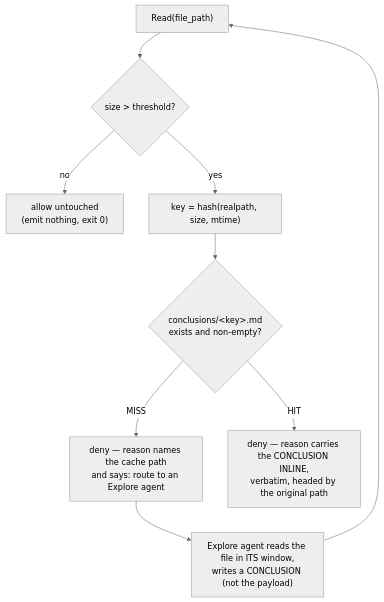
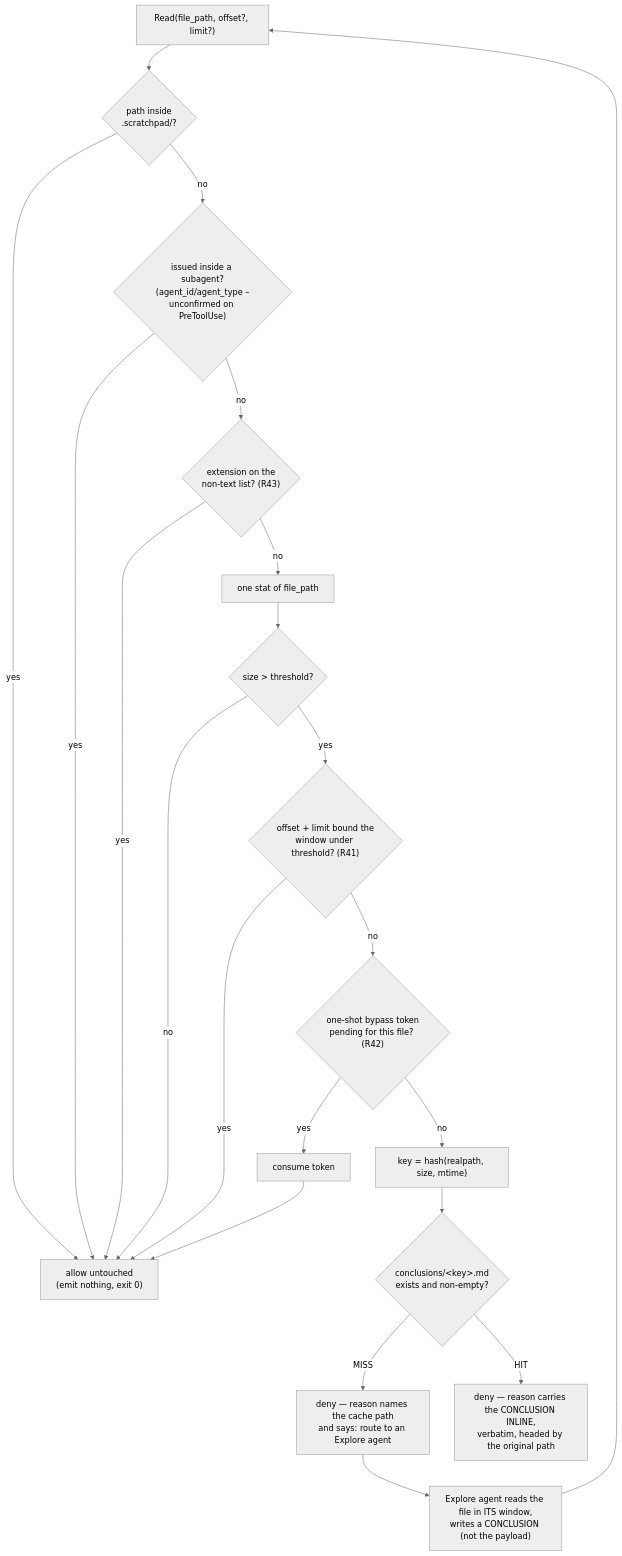
Before and after one commit to ViktorStiskala/superset-magic: the diagram in docs/plans/2026-08-29-001-ss-magic-plugin/page-fault.md, drawn with Mermaid (neutral theme). The commit also changed other lines of this file and 7 other files, not shown here.

````diff
--- a/docs/plans/2026-08-29-001-ss-magic-plugin/page-fault.md
+++ b/docs/plans/2026-08-29-001-ss-magic-plugin/page-fault.md
@@ -70,11 +70,21 @@
 ```mermaid
 flowchart TD
-  R["Read(file_path)"] --> S{"size &gt; threshold?"}
-  S -- no --> A["allow untouched<br/>(emit nothing, exit 0)"]
-  S -- yes --> K["key = hash(realpath, size, mtime)"]
+  R["Read(file_path, offset?, limit?)"] --> SP{"path inside<br/>.scratchpad/?"}
+  SP -- yes --> OK["allow untouched<br/>(emit nothing, exit 0)"]
+  SP -- no --> AG{"issued inside a subagent?<br/>(agent_id/agent_type –<br/>unconfirmed on PreToolUse)"}
+  AG -- yes --> OK
+  AG -- no --> X{"extension on the<br/>non-text list? (R43)"}
+  X -- yes --> OK
+  X -- no --> ST["one stat of file_path"] --> S{"size &gt; threshold?"}
+  S -- no --> OK
+  S -- yes --> W{"offset + limit bound the<br/>window under threshold? (R41)"}
+  W -- yes --> OK
+  W -- no --> B{"one-shot bypass token<br/>pending for this file? (R42)"}
+  B -- yes --> CONSUME["consume token"] --> OK
+  B -- no --> K["key = hash(realpath, size, mtime)"]
   K --> H{"conclusions/&lt;key&gt;.md<br/>exists and non-empty?"}
   H -- "MISS" --> D["deny — reason names the cache path<br/>and says: route to an Explore agent"]
   D --> E["Explore agent reads the file in ITS window,<br/>writes a CONCLUSION (not the payload)"]
   E --> R
   H -- "HIT" --> C["deny — reason carries the CONCLUSION INLINE,<br/>verbatim, headed by the original path"]
 ```
````
